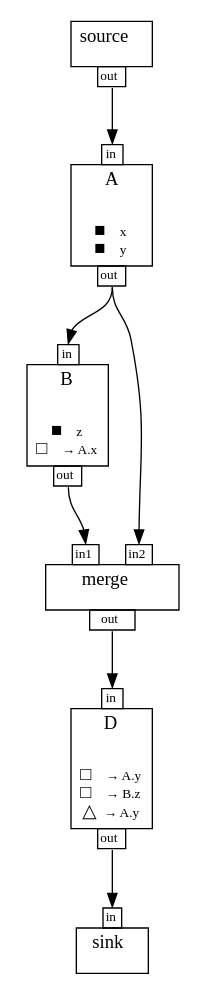
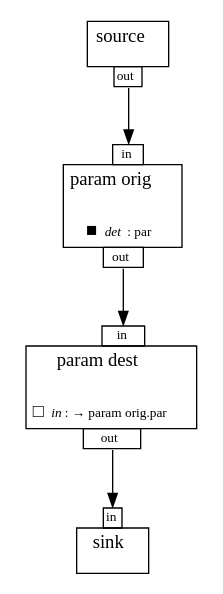
The diagram in fg.gv (dbonattoj/mf), drawn with Graphviz before and after one commit. The commit also changed 18 other files, not shown here.

```diff
--- a/fg.gv
+++ b/fg.gv
@@ -1,29 +1,20 @@
 digraph G{
 	rankdir=TB
 	filter0 [shape=plaintext label=<
 <TABLE BORDER="0" CELLBORDER="0" CELLSPACING="0" CELLPADDING="0"><TR><TD COLSPAN="1" BORDER="1" CELLPADDING="4">source<BR/><FONT POINT-SIZE="10">&nbsp;</FONT></TD></TR><TR><TD COLSPAN="1" BORDER="0"><TABLE BORDER="0" CELLBORDER="0" CELLSPACING="0" CELLPADDING="0"><TR><TD WIDTH="20"></TD><TD BORDER="1" CELLPADDING="1" PORT="out1"><FONT POINT-SIZE="10">out</FONT></TD><TD WIDTH="20"></TD></TR></TABLE></TD></TR></TABLE>
 >];
 	filter2 [shape=plaintext label=<
-<TABLE BORDER="0" CELLBORDER="0" CELLSPACING="0" CELLPADDING="0"><TR><TD WIDTH="20"></TD><TD BORDER="1" CELLPADDING="1" PORT="in3"><FONT POINT-SIZE="10">in</FONT></TD><TD WIDTH="20"></TD></TR><TR><TD COLSPAN="3" BORDER="1" CELLPADDING="4">A<BR/><FONT POINT-SIZE="10">&nbsp;</FONT><BR/><BR/>&#x25A0; <FONT POINT-SIZE="10">x</FONT><BR/>&#x25A0; <FONT POINT-SIZE="10">y</FONT><BR/></TD></TR><TR><TD COLSPAN="3" BORDER="0"><TABLE BORDER="0" CELLBORDER="0" CELLSPACING="0" CELLPADDING="0"><TR><TD WIDTH="20"></TD><TD BORDER="1" CELLPADDING="1" PORT="out4"><FONT POINT-SIZE="10">out</FONT></TD><TD WIDTH="20"></TD></TR></TABLE></TD></TR></TABLE>
+<TABLE BORDER="0" CELLBORDER="0" CELLSPACING="0" CELLPADDING="0"><TR><TD WIDTH="20"></TD><TD BORDER="1" CELLPADDING="1" PORT="in3"><FONT POINT-SIZE="10">in</FONT></TD><TD WIDTH="20"></TD></TR><TR><TD COLSPAN="3" BORDER="1" CELLPADDING="4">param orig<BR/><FONT POINT-SIZE="10">&nbsp;</FONT><BR/><BR/>&#x25A0;<FONT POINT-SIZE="10"><I>det</I>: par</FONT><BR/></TD></TR><TR><TD COLSPAN="3" BORDER="0"><TABLE BORDER="0" CELLBORDER="0" CELLSPACING="0" CELLPADDING="0"><TR><TD WIDTH="20"></TD><TD BORDER="1" CELLPADDING="1" PORT="out4"><FONT POINT-SIZE="10">out</FONT></TD><TD WIDTH="20"></TD></TR></TABLE></TD></TR></TABLE>
 >];
 	filter5 [shape=plaintext label=<
-<TABLE BORDER="0" CELLBORDER="0" CELLSPACING="0" CELLPADDING="0"><TR><TD WIDTH="20"></TD><TD BORDER="1" CELLPADDING="1" PORT="in6"><FONT POINT-SIZE="10">in</FONT></TD><TD WIDTH="20"></TD></TR><TR><TD COLSPAN="3" BORDER="1" CELLPADDING="4">B<BR/><FONT POINT-SIZE="10">&nbsp;</FONT><BR/><BR/>&#x25A0; <FONT POINT-SIZE="10">z</FONT><BR/>&#x25A1; <FONT POINT-SIZE="10">&#x2192; A.x</FONT><BR/></TD></TR><TR><TD COLSPAN="3" BORDER="0"><TABLE BORDER="0" CELLBORDER="0" CELLSPACING="0" CELLPADDING="0"><TR><TD WIDTH="20"></TD><TD BORDER="1" CELLPADDING="1" PORT="out7"><FONT POINT-SIZE="10">out</FONT></TD><TD WIDTH="20"></TD></TR></TABLE></TD></TR></TABLE>
+<TABLE BORDER="0" CELLBORDER="0" CELLSPACING="0" CELLPADDING="0"><TR><TD WIDTH="20"></TD><TD BORDER="1" CELLPADDING="1" PORT="in6"><FONT POINT-SIZE="10">in</FONT></TD><TD WIDTH="20"></TD></TR><TR><TD COLSPAN="3" BORDER="1" CELLPADDING="4">param dest<BR/><FONT POINT-SIZE="10">&nbsp;</FONT><BR/><BR/>&#x25A1;<FONT POINT-SIZE="10"><I>in</I>: &#x2192; param orig.par</FONT><BR/></TD></TR><TR><TD COLSPAN="3" BORDER="0"><TABLE BORDER="0" CELLBORDER="0" CELLSPACING="0" CELLPADDING="0"><TR><TD WIDTH="20"></TD><TD BORDER="1" CELLPADDING="1" PORT="out7"><FONT POINT-SIZE="10">out</FONT></TD><TD WIDTH="20"></TD></TR></TABLE></TD></TR></TABLE>
 >];
 	filter8 [shape=plaintext label=<
-<TABLE BORDER="0" CELLBORDER="0" CELLSPACING="0" CELLPADDING="0"><TR><TD WIDTH="20"></TD><TD BORDER="1" CELLPADDING="1" PORT="in9"><FONT POINT-SIZE="10">in1</FONT></TD><TD WIDTH="20"></TD><TD BORDER="1" CELLPADDING="1" PORT="in10"><FONT POINT-SIZE="10">in2</FONT></TD><TD WIDTH="20"></TD></TR><TR><TD COLSPAN="5" BORDER="1" CELLPADDING="4">merge<BR/><FONT POINT-SIZE="10">&nbsp;</FONT></TD></TR><TR><TD COLSPAN="5" BORDER="0"><TABLE BORDER="0" CELLBORDER="0" CELLSPACING="0" CELLPADDING="0"><TR><TD WIDTH="20"></TD><TD BORDER="1" CELLPADDING="1" PORT="out11"><FONT POINT-SIZE="10">out</FONT></TD><TD WIDTH="20"></TD></TR></TABLE></TD></TR></TABLE>
->];
-	filter12 [shape=plaintext label=<
-<TABLE BORDER="0" CELLBORDER="0" CELLSPACING="0" CELLPADDING="0"><TR><TD WIDTH="20"></TD><TD BORDER="1" CELLPADDING="1" PORT="in13"><FONT POINT-SIZE="10">in</FONT></TD><TD WIDTH="20"></TD></TR><TR><TD COLSPAN="3" BORDER="1" CELLPADDING="4">D<BR/><FONT POINT-SIZE="10">&nbsp;</FONT><BR/><BR/>&#x25A1; <FONT POINT-SIZE="10">&#x2192; A.y</FONT><BR/>&#x25A1; <FONT POINT-SIZE="10">&#x2192; B.z</FONT><BR/>&#x25B3; <FONT POINT-SIZE="10">&#x2192; A.y</FONT><BR/></TD></TR><TR><TD COLSPAN="3" BORDER="0"><TABLE BORDER="0" CELLBORDER="0" CELLSPACING="0" CELLPADDING="0"><TR><TD WIDTH="20"></TD><TD BORDER="1" CELLPADDING="1" PORT="out14"><FONT POINT-SIZE="10">out</FONT></TD><TD WIDTH="20"></TD></TR></TABLE></TD></TR></TABLE>
->];
-	filter15 [shape=plaintext label=<
-<TABLE BORDER="0" CELLBORDER="0" CELLSPACING="0" CELLPADDING="0"><TR><TD WIDTH="20"></TD><TD BORDER="1" CELLPADDING="1" PORT="in16"><FONT POINT-SIZE="10">in</FONT></TD><TD WIDTH="20"></TD></TR><TR><TD COLSPAN="3" BORDER="1" CELLPADDING="4">sink<BR/><FONT POINT-SIZE="10">&nbsp;</FONT></TD></TR></TABLE>
+<TABLE BORDER="0" CELLBORDER="0" CELLSPACING="0" CELLPADDING="0"><TR><TD WIDTH="20"></TD><TD BORDER="1" CELLPADDING="1" PORT="in9"><FONT POINT-SIZE="10">in</FONT></TD><TD WIDTH="20"></TD></TR><TR><TD COLSPAN="3" BORDER="1" CELLPADDING="4">sink<BR/><FONT POINT-SIZE="10">&nbsp;</FONT></TD></TR></TABLE>
 >];
 	filter0:out1 -> filter2:in3 [arrowhead="normal", headlabel=<>, fontsize=10, labelangle=45, labeldistance=2.0, ];
 	filter2:out4 -> filter5:in6 [arrowhead="normal", headlabel=<>, fontsize=10, labelangle=45, labeldistance=2.0, ];
 	filter5:out7 -> filter8:in9 [arrowhead="normal", headlabel=<>, fontsize=10, labelangle=45, labeldistance=2.0, ];
-	filter2:out4 -> filter8:in10 [arrowhead="normal", headlabel=<>, fontsize=10, labelangle=45, labeldistance=2.0, ];
-	filter8:out11 -> filter12:in13 [arrowhead="normal", headlabel=<>, fontsize=10, labelangle=45, labeldistance=2.0, ];
-	filter12:out14 -> filter15:in16 [arrowhead="normal", headlabel=<>, fontsize=10, labelangle=45, labeldistance=2.0, ];
 	{rank=source; filter0}
-	{rank=sink; filter15}
+	{rank=sink; filter8}
 }
```
